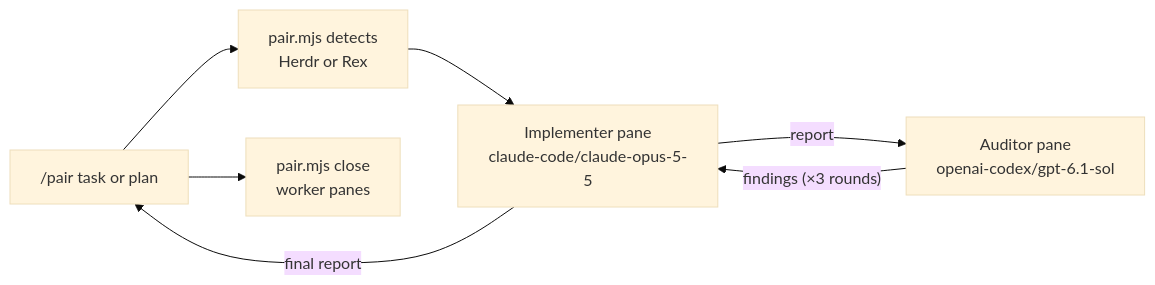
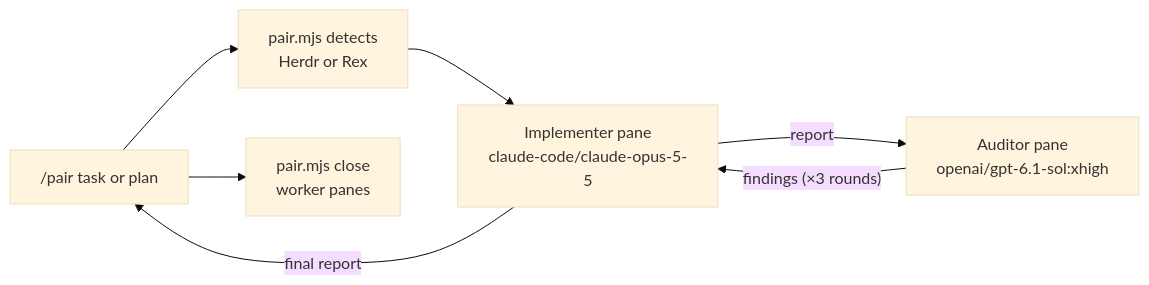
Before and after one commit to ulvestuen/pi-kit: the diagram in skills/pair/SKILL.md, drawn with Mermaid (base theme). The commit also changed other lines of this file and 12 other files, not shown here.

Commit message:
Default pair auditors and reviewers to openai/gpt-6.1-sol:xhigh

````diff
--- a/skills/pair/SKILL.md
+++ b/skills/pair/SKILL.md
@@ -8,9 +8,9 @@
 ```mermaid
 flowchart LR
     you["/pair task or plan"] --> detect["pair.mjs detects<br/>Herdr or Rex"]
     detect --> impl["Implementer pane<br/>claude-code/claude-opus-5-5"]
-    impl -- "report" --> audit["Auditor pane<br/>openai-codex/gpt-6.1-sol"]
+    impl -- "report" --> audit["Auditor pane<br/>openai/gpt-6.1-sol:xhigh"]
     audit -- "findings (×3 rounds)" --> impl
     impl -- "final report" --> you
     you --> close["pair.mjs close<br/>worker panes"]
 ```
````
